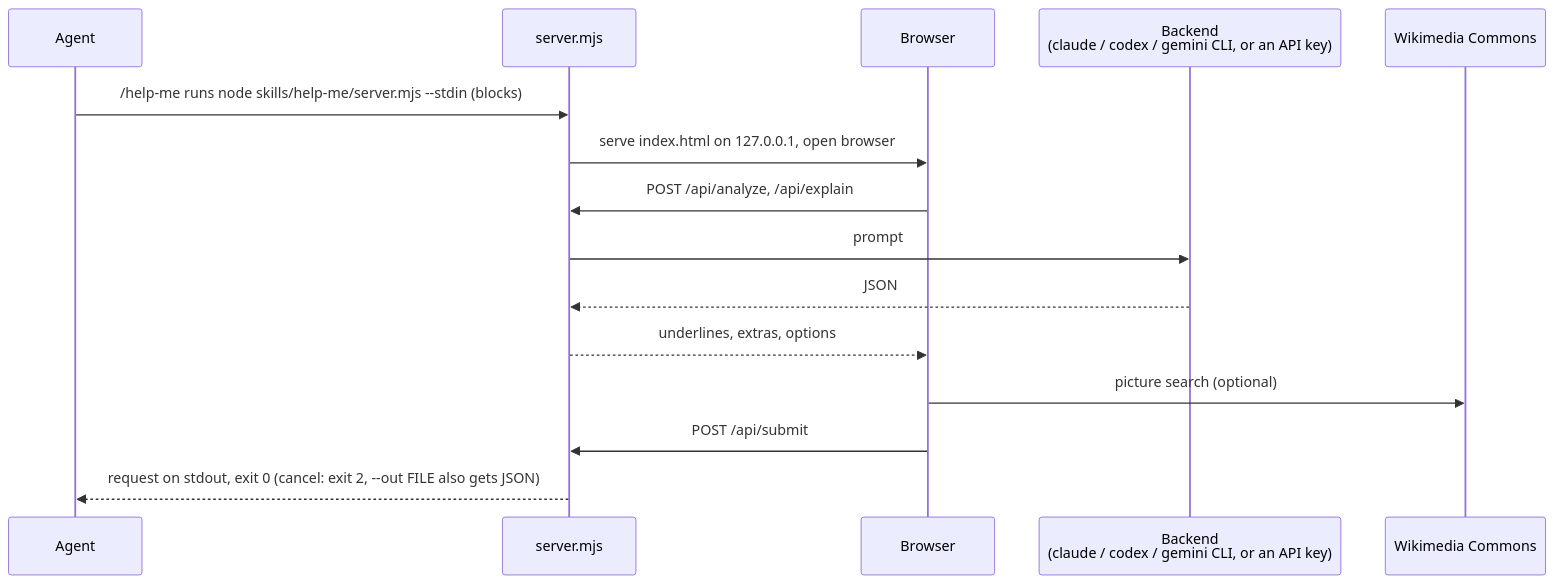
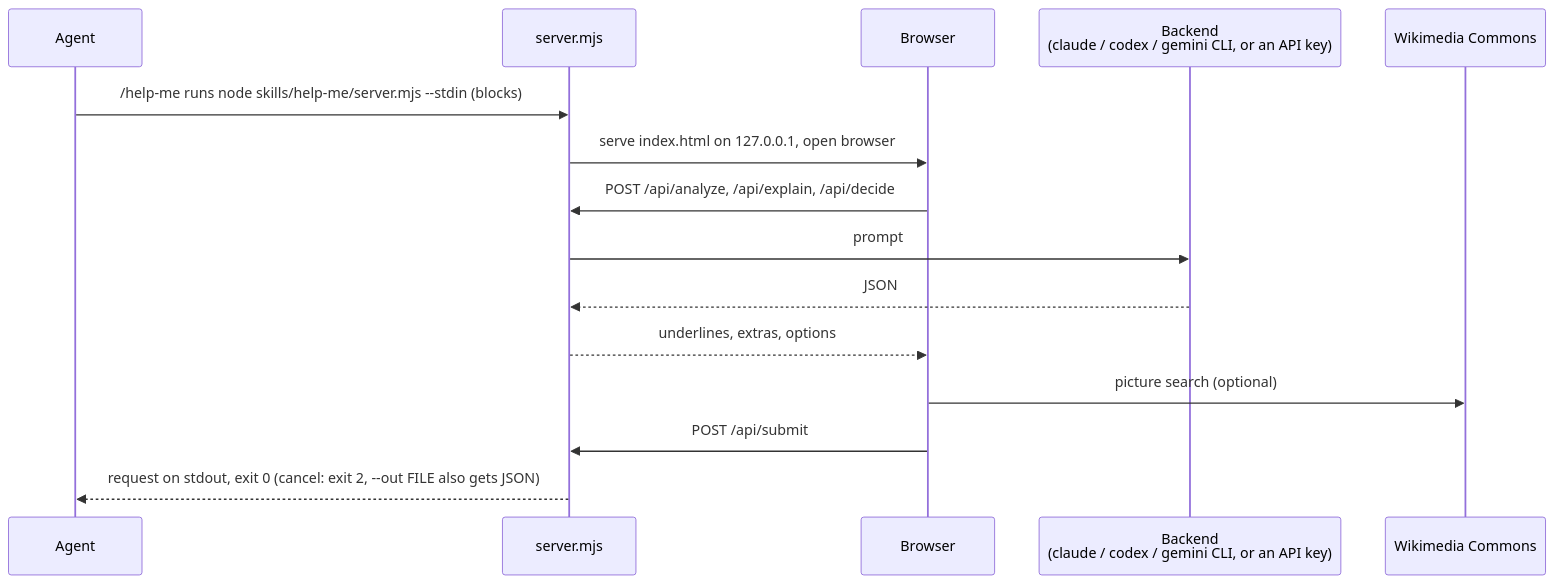
One commit to baggiponte/chartroom changed the diagram in README.md. Above: the diagram before and after it, drawn with Mermaid. The commit also changed other lines of this file and 2 other files, not shown here.

Commit message:
Add Help me decide to the Explain me panel
A "Help me decide" button in the expanded explanation asks a few
questions about the person (habits, budget, space) via POST /api/decide,
then suggests the option their answers point to: a banner with a Pick
button and a "Suggested for you" badge on that card. Each answer
re-weighs the suggestion and may add a follow-up if it is still close.
Demo mode has canned questions.

Claude-Session: https://claude.ai/code/session_01JdPstjBTD1ACvQXjnyPixB

````diff
--- a/README.md
+++ b/README.md
@@ -59,17 +60,17 @@
 ```mermaid
 sequenceDiagram
     participant A as Agent
     participant S as server.mjs
     participant B as Browser
     participant M as Backend<br/>(claude / codex / gemini CLI, or an API key)
     participant W as Wikimedia Commons
     A->>S: /help-me runs node skills/help-me/server.mjs --stdin (blocks)
     S->>B: serve index.html on 127.0.0.1, open browser
-    B->>S: POST /api/analyze, /api/explain
+    B->>S: POST /api/analyze, /api/explain, /api/decide
     S->>M: prompt
     M-->>S: JSON
     S-->>B: underlines, extras, options
     B->>W: picture search (optional)
     B->>S: POST /api/submit
     S-->>A: request on stdout, exit 0 (cancel: exit 2, --out FILE also gets JSON)
 ```
````
